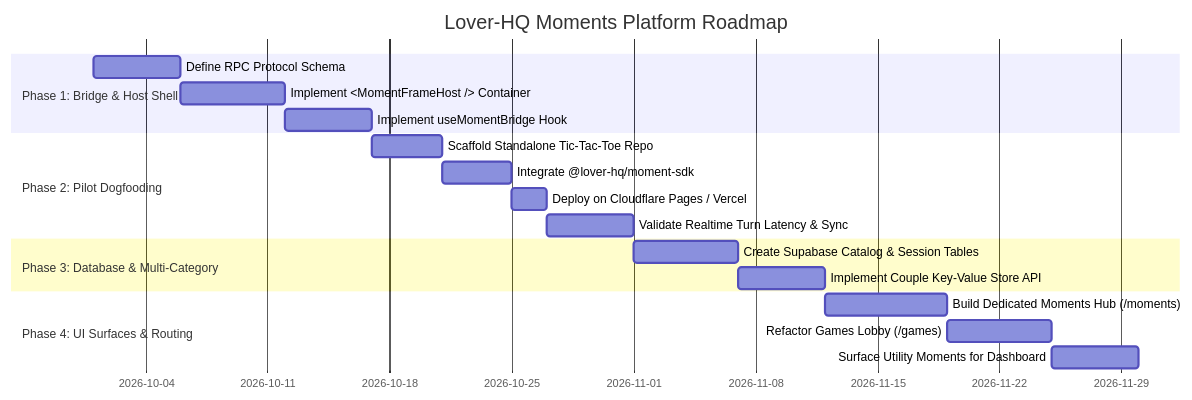
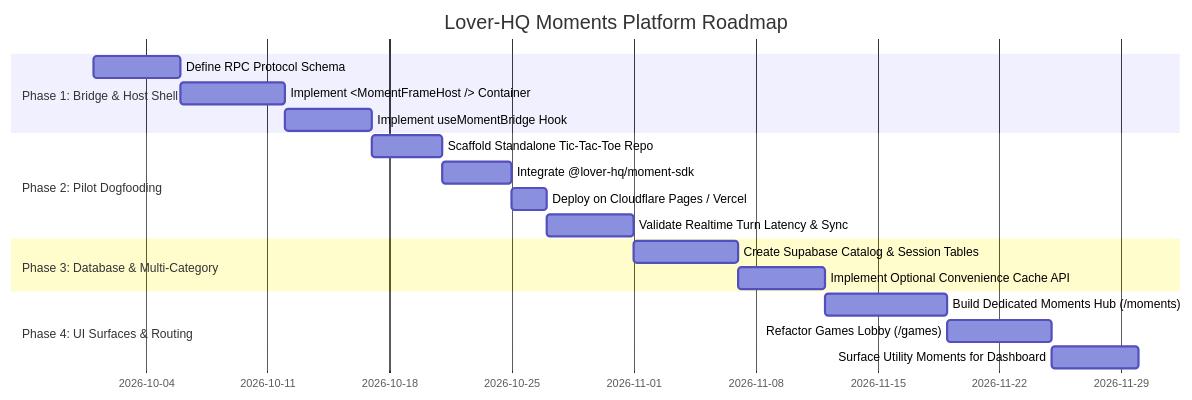
One commit to xtarflex/Lover-HQ changed the second of 2 diagrams in doc/MOMENTS_STRATEGY.md. Above: the diagram before and after it, drawn with Mermaid. The commit also changed other lines of this file and 45 other files, not shown here.

````diff
--- a/doc/MOMENTS_STRATEGY.md
+++ b/doc/MOMENTS_STRATEGY.md
@@ -74,21 +65,21 @@
 ```mermaid
 gantt
     title Lover-HQ Moments Platform Roadmap
     dateFormat  YYYY-MM-DD
     section Phase 1: Bridge & Host Shell
     Define RPC Protocol Schema                  :p1_1, 2026-10-01, 5d
     Implement <MomentFrameHost /> Container      :p1_2, after p1_1, 6d
     Implement useMomentBridge Hook              :p1_3, after p1_2, 5d
     section Phase 2: Pilot Dogfooding
     Scaffold Standalone Tic-Tac-Toe Repo        :p2_1, after p1_3, 4d
     Integrate @lover-hq/moment-sdk              :p2_2, after p2_1, 4d
     Deploy on Cloudflare Pages / Vercel         :p2_3, after p2_2, 2d
     Validate Realtime Turn Latency & Sync       :p2_4, after p2_3, 5d
     section Phase 3: Database & Multi-Category
     Create Supabase Catalog & Session Tables    :p3_1, after p2_4, 6d
-    Implement Couple Key-Value Store API        :p3_2, after p3_1, 5d
+    Implement Optional Convenience Cache API    :p3_2, after p3_1, 5d
     section Phase 4: UI Surfaces & Routing
     Build Dedicated Moments Hub (/moments)       :p4_1, after p3_2, 7d
     Refactor Games Lobby (/games)                :p4_2, after p4_1, 6d
     Surface Utility Moments for Dashboard       :p4_3, after p4_2, 5d
 ```
````
